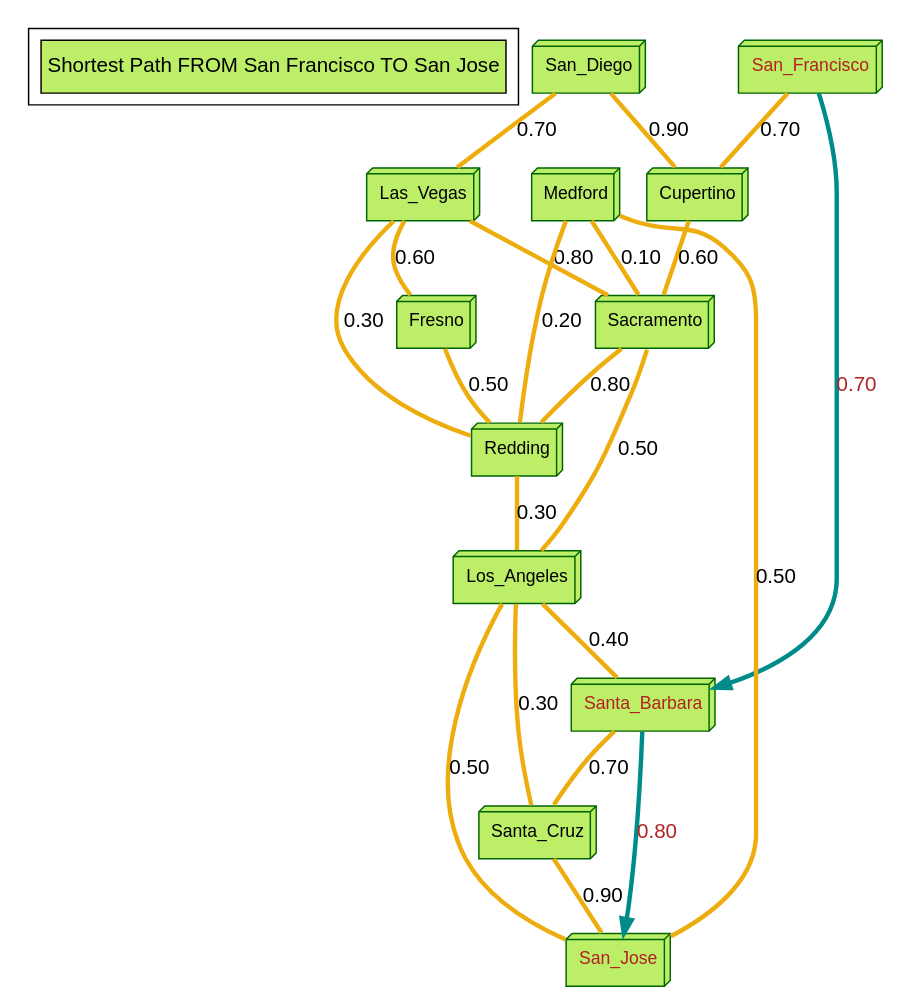
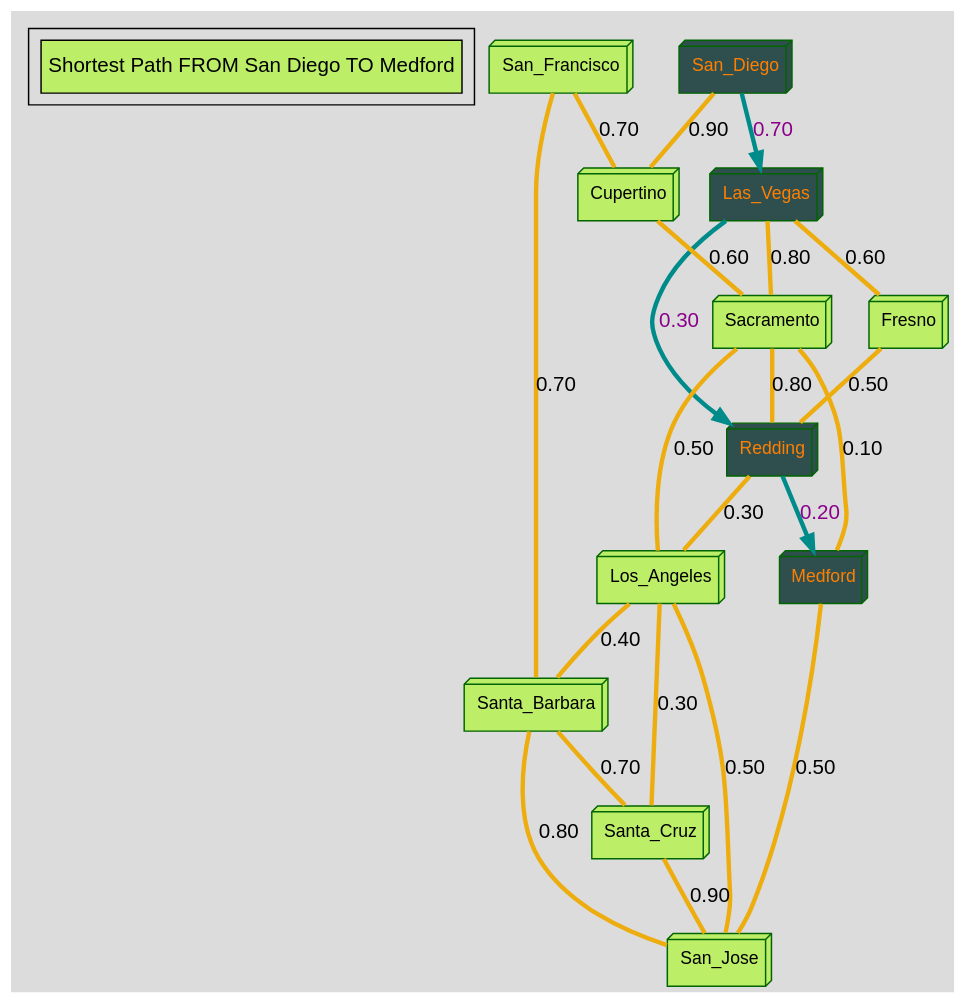
One commit to parsokev/graph_repo changed the diagram in dot_graphs/shortest_path_overlay.gv. Above: the diagram before and after it, drawn with Graphviz. The commit also changed 2 other files, not shown here.

Commit message:
Updated dot language formatted graph file samples

```diff
--- a/dot_graphs/shortest_path_overlay.gv
+++ b/dot_graphs/shortest_path_overlay.gv
@@ -1,42 +1,41 @@
 strict digraph main_graph {
 fontname="DejaVu Sans,Arial,sans-serif"
 node [fontname="Impact,Arial,sans-serif"]
 edge [fontname="Comic Sans,Arial,sans-serif"]
 node [style=filled fillcolor="darkolivegreen2"]
-ratio=auto
-landscape=false
-subgraph cluster {"Full Graph" [shape=box fontsize=14 label="Shortest Path FROM San Francisco TO San Jose" tooltip="All Nodes"] }
-San_Diego [label="San_Diego" id="San_Diego" fontsize=12 shape=box3d tooltip="San_Diego" color="darkgreen" fillcolor="darkolivegreen2"]
-Las_Vegas [label="Las_Vegas" id="Las_Vegas" fontsize=12 shape=box3d tooltip="Las_Vegas" color="darkgreen" fillcolor="darkolivegreen2"]
-San_Diego -> Las_Vegas [arrowsize=0 label="0.70" weight=60 penwidth=3 color="darkgoldenrod2" tooltip="San_Diego -- Las_Vegas" labeltooltip="San_Diego -- Las_Vegas"]
+ratio=auto landscape=false bgcolor="gainsboro"
+subgraph cluster {"Full Graph" [shape=box fontsize=14 label="Shortest Path FROM San Diego TO Medford" tooltip="All Nodes"] }
+San_Diego [label="San_Diego" id="San_Diego" fontsize=12 shape=box3d tooltip="San_Diego" color="darkgreen" fillcolor="darkslategrey" fontcolor="darkorange1" ]
+Las_Vegas [label="Las_Vegas" id="Las_Vegas" fontsize=12 shape=box3d tooltip="Las_Vegas" color="darkgreen" fillcolor="darkslategrey" fontcolor="darkorange1" ]
+San_Diego -> Las_Vegas [label="0.70" weight=60 penwidth=3 color="darkcyan" tooltip="San_Diego -- Las_Vegas" labeltooltip="San_Diego -- Las_Vegas" fontcolor="darkmagenta" ]
 Cupertino [label="Cupertino" id="Cupertino" fontsize=12 shape=box3d tooltip="Cupertino" color="darkgreen" fillcolor="darkolivegreen2"]
 San_Diego -> Cupertino [arrowsize=0 label="0.90" weight=60 penwidth=3 color="darkgoldenrod2" tooltip="San_Diego -- Cupertino" labeltooltip="San_Diego -- Cupertino"]
 Sacramento [label="Sacramento" id="Sacramento" fontsize=12 shape=box3d tooltip="Sacramento" color="darkgreen" fillcolor="darkolivegreen2"]
 Cupertino -> Sacramento [arrowsize=0 label="0.60" weight=60 penwidth=3 color="darkgoldenrod2" tooltip="Cupertino -- Sacramento" labeltooltip="Cupertino -- Sacramento"]
 Las_Vegas -> Sacramento [arrowsize=0 label="0.80" weight=60 penwidth=3 color="darkgoldenrod2" tooltip="Las_Vegas -- Sacramento" labeltooltip="Las_Vegas -- Sacramento"]
-San_Francisco [ fontcolor="firebrick" label="San_Francisco" id="San_Francisco" fontsize=12 shape=box3d tooltip="San_Francisco" color="darkgreen" fillcolor="darkolivegreen2"]
+San_Francisco [label="San_Francisco" id="San_Francisco" fontsize=12 shape=box3d tooltip="San_Francisco" color="darkgreen" fillcolor="darkolivegreen2"]
 San_Francisco -> Cupertino [arrowsize=0 label="0.70" weight=60 penwidth=3 color="darkgoldenrod2" tooltip="San_Francisco -- Cupertino" labeltooltip="San_Francisco -- Cupertino"]
-Santa_Barbara [ fontcolor="firebrick" label="Santa_Barbara" id="Santa_Barbara" fontsize=12 shape=box3d tooltip="Santa_Barbara" color="darkgreen" fillcolor="darkolivegreen2"]
-San_Francisco -> Santa_Barbara [label="0.70" weight=60 penwidth=3 color="darkcyan" tooltip="San_Francisco -- Santa_Barbara" labeltooltip="San_Francisco -- Santa_Barbara" fontcolor="firebrick" ]
+Santa_Barbara [label="Santa_Barbara" id="Santa_Barbara" fontsize=12 shape=box3d tooltip="Santa_Barbara" color="darkgreen" fillcolor="darkolivegreen2"]
+San_Francisco -> Santa_Barbara [arrowsize=0 label="0.70" weight=60 penwidth=3 color="darkgoldenrod2" tooltip="San_Francisco -- Santa_Barbara" labeltooltip="San_Francisco -- Santa_Barbara"]
 Fresno [label="Fresno" id="Fresno" fontsize=12 shape=box3d tooltip="Fresno" color="darkgreen" fillcolor="darkolivegreen2"]
 Las_Vegas -> Fresno [arrowsize=0 label="0.60" weight=60 penwidth=3 color="darkgoldenrod2" tooltip="Las_Vegas -- Fresno" labeltooltip="Las_Vegas -- Fresno"]
-Redding [label="Redding" id="Redding" fontsize=12 shape=box3d tooltip="Redding" color="darkgreen" fillcolor="darkolivegreen2"]
-Las_Vegas -> Redding [arrowsize=0 label="0.30" weight=60 penwidth=3 color="darkgoldenrod2" tooltip="Las_Vegas -- Redding" labeltooltip="Las_Vegas -- Redding"]
+Redding [label="Redding" id="Redding" fontsize=12 shape=box3d tooltip="Redding" color="darkgreen" fillcolor="darkslategrey" fontcolor="darkorange1" ]
+Las_Vegas -> Redding [label="0.30" weight=60 penwidth=3 color="darkcyan" tooltip="Las_Vegas -- Redding" labeltooltip="Las_Vegas -- Redding" fontcolor="darkmagenta" ]
 Fresno -> Redding [arrowsize=0 label="0.50" weight=60 penwidth=3 color="darkgoldenrod2" tooltip="Fresno -- Redding" labeltooltip="Fresno -- Redding"]
 Sacramento -> Redding [arrowsize=0 label="0.80" weight=60 penwidth=3 color="darkgoldenrod2" tooltip="Sacramento -- Redding" labeltooltip="Sacramento -- Redding"]
-Medford [label="Medford" id="Medford" fontsize=12 shape=box3d tooltip="Medford" color="darkgreen" fillcolor="darkolivegreen2"]
-Medford -> Redding [arrowsize=0 label="0.20" weight=60 penwidth=3 color="darkgoldenrod2" tooltip="Medford -- Redding" labeltooltip="Medford -- Redding"]
+Medford [label="Medford" id="Medford" fontsize=12 shape=box3d tooltip="Medford" color="darkgreen" fillcolor="darkslategrey" fontcolor="darkorange1" ]
+Redding -> Medford [label="0.20" weight=60 penwidth=3 color="darkcyan" tooltip="Medford -- Redding" labeltooltip="Medford -- Redding" fontcolor="darkmagenta" ]
 Medford -> Sacramento [arrowsize=0 label="0.10" weight=60 penwidth=3 color="darkgoldenrod2" tooltip="Medford -- Sacramento" labeltooltip="Medford -- Sacramento"]
 Los_Angeles [label="Los_Angeles" id="Los_Angeles" fontsize=12 shape=box3d tooltip="Los_Angeles" color="darkgreen" fillcolor="darkolivegreen2"]
 Redding -> Los_Angeles [arrowsize=0 label="0.30" weight=60 penwidth=3 color="darkgoldenrod2" tooltip="Redding -- Los_Angeles" labeltooltip="Redding -- Los_Angeles"]
 Los_Angeles -> Sacramento [arrowsize=0 label="0.50" weight=60 penwidth=3 color="darkgoldenrod2" tooltip="Los_Angeles -- Sacramento" labeltooltip="Los_Angeles -- Sacramento"]
-San_Jose [ fontcolor="firebrick" label="San_Jose" id="San_Jose" fontsize=12 shape=box3d tooltip="San_Jose" color="darkgreen" fillcolor="darkolivegreen2"]
+San_Jose [label="San_Jose" id="San_Jose" fontsize=12 shape=box3d tooltip="San_Jose" color="darkgreen" fillcolor="darkolivegreen2"]
 Medford -> San_Jose [arrowsize=0 label="0.50" weight=60 penwidth=3 color="darkgoldenrod2" tooltip="Medford -- San_Jose" labeltooltip="Medford -- San_Jose"]
 Los_Angeles -> San_Jose [arrowsize=0 label="0.50" weight=60 penwidth=3 color="darkgoldenrod2" tooltip="Los_Angeles -- San_Jose" labeltooltip="Los_Angeles -- San_Jose"]
 Los_Angeles -> Santa_Barbara [arrowsize=0 label="0.40" weight=60 penwidth=3 color="darkgoldenrod2" tooltip="Los_Angeles -- Santa_Barbara" labeltooltip="Los_Angeles -- Santa_Barbara"]
 Santa_Cruz [label="Santa_Cruz" id="Santa_Cruz" fontsize=12 shape=box3d tooltip="Santa_Cruz" color="darkgreen" fillcolor="darkolivegreen2"]
 Los_Angeles -> Santa_Cruz [arrowsize=0 label="0.30" weight=60 penwidth=3 color="darkgoldenrod2" tooltip="Los_Angeles -- Santa_Cruz" labeltooltip="Los_Angeles -- Santa_Cruz"]
 Santa_Barbara -> Santa_Cruz [arrowsize=0 label="0.70" weight=60 penwidth=3 color="darkgoldenrod2" tooltip="Santa_Barbara -- Santa_Cruz" labeltooltip="Santa_Barbara -- Santa_Cruz"]
 Santa_Cruz -> San_Jose [arrowsize=0 label="0.90" weight=60 penwidth=3 color="darkgoldenrod2" tooltip="Santa_Cruz -- San_Jose" labeltooltip="Santa_Cruz -- San_Jose"]
-Santa_Barbara -> San_Jose [label="0.80" weight=60 penwidth=3 color="darkcyan" tooltip="Santa_Barbara -- San_Jose" labeltooltip="Santa_Barbara -- San_Jose" fontcolor="firebrick" ]
+Santa_Barbara -> San_Jose [arrowsize=0 label="0.80" weight=60 penwidth=3 color="darkgoldenrod2" tooltip="Santa_Barbara -- San_Jose" labeltooltip="Santa_Barbara -- San_Jose"]
 }
```
